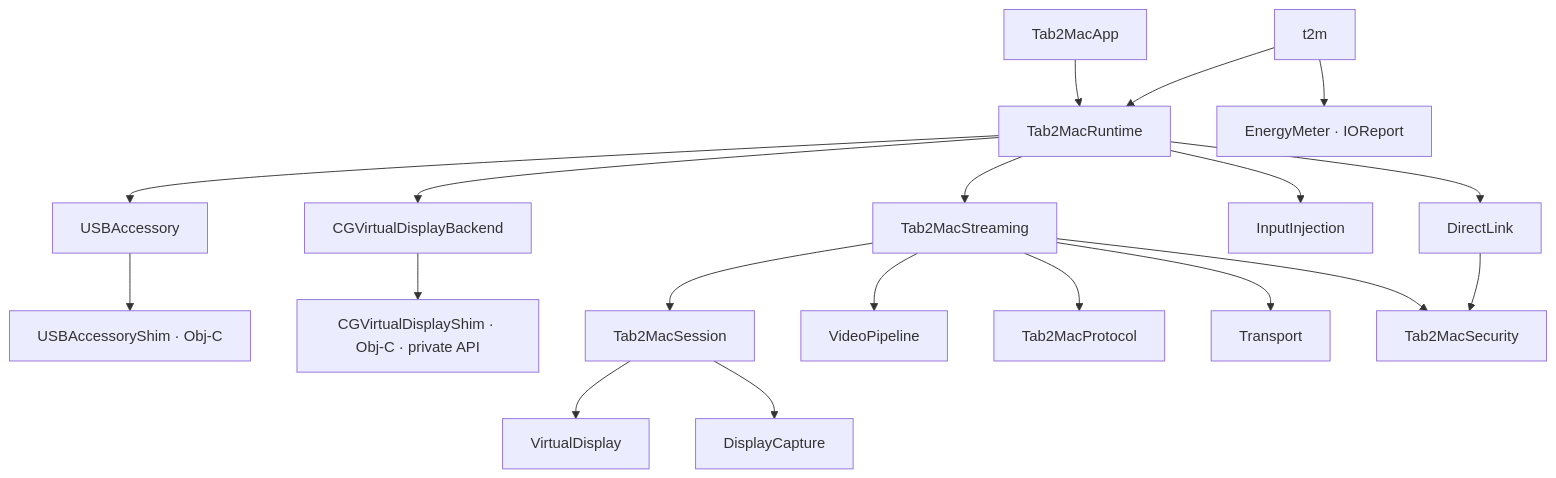
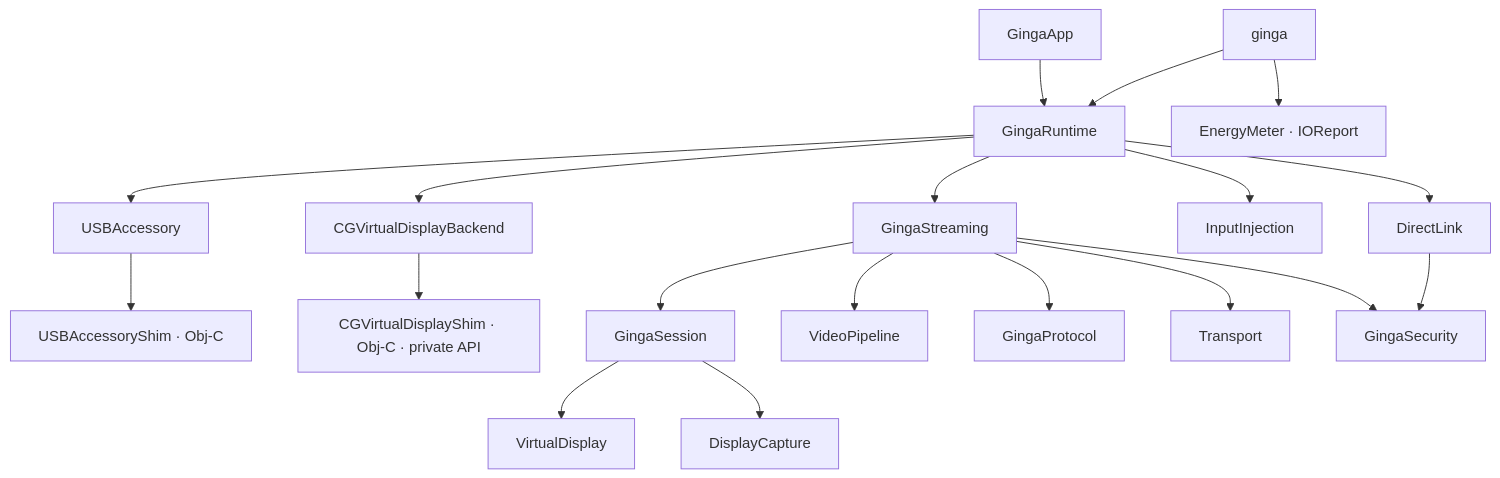
Before and after one commit to Kelvin-Jesus/ginga: the second of 7 diagrams in docs/diagrams.md, drawn with Mermaid. The commit also changed 550 other files, not shown here.

First line of the commit message:
refactor: rename Tab2Mac to Ginga everywhere

````diff
--- a/docs/diagrams.md
+++ b/docs/diagrams.md
@@ -36,18 +36,18 @@
 ```mermaid
 flowchart TD
-  App[Tab2MacApp] --> Runtime[Tab2MacRuntime]
-  CLI[t2m] --> Runtime
-  Runtime --> Streaming[Tab2MacStreaming]
+  App[GingaApp] --> Runtime[GingaRuntime]
+  CLI[ginga] --> Runtime
+  Runtime --> Streaming[GingaStreaming]
   Runtime --> USB[USBAccessory] --> Shim2[USBAccessoryShim · Obj‑C]
   Runtime --> Direct[DirectLink]
   Runtime --> Input[InputInjection]
   Runtime --> Backend[CGVirtualDisplayBackend] --> Shim[CGVirtualDisplayShim · Obj‑C · private API]
-  Streaming --> Session[Tab2MacSession] --> VD[VirtualDisplay]
+  Streaming --> Session[GingaSession] --> VD[VirtualDisplay]
   Session --> Capture[DisplayCapture]
   Streaming --> Pipeline[VideoPipeline]
-  Streaming --> Protocol[Tab2MacProtocol]
+  Streaming --> Protocol[GingaProtocol]
   Streaming --> Transport
-  Streaming --> Security[Tab2MacSecurity]
+  Streaming --> Security[GingaSecurity]
   Direct --> Security
   CLI --> Energy[EnergyMeter · IOReport]
 ```
````
